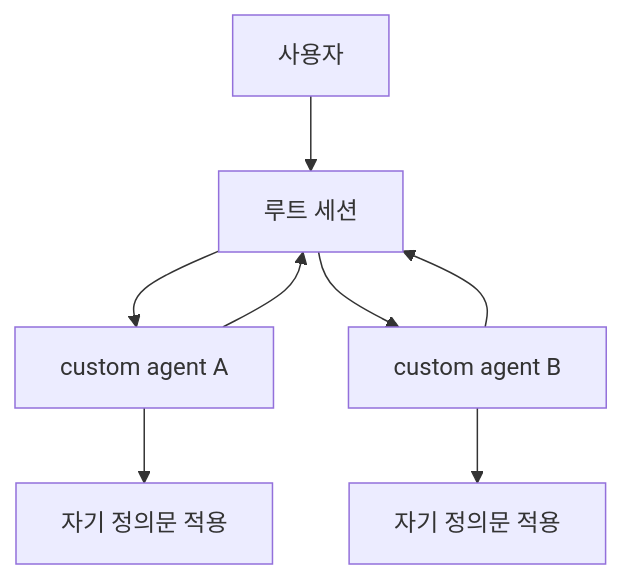
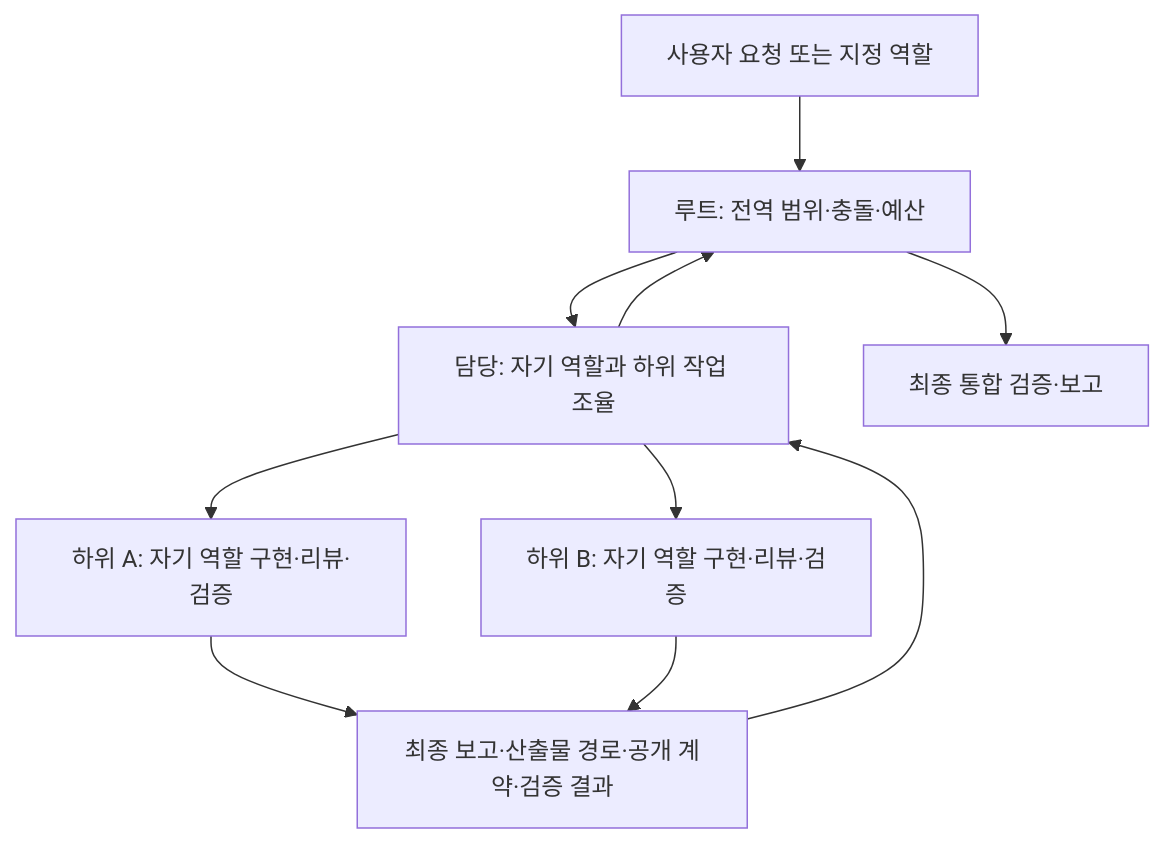
Before and after one commit to kimjoongwon/prj-core: the first of 2 diagrams in docs/orchestration-agent-relationship-flow.md, drawn with Mermaid. The commit also changed other lines of this file and 84 other files, not shown here.

````diff
--- a/docs/orchestration-agent-relationship-flow.md
+++ b/docs/orchestration-agent-relationship-flow.md
@@ -18,10 +46,12 @@
 ```mermaid
 flowchart TD
-  U["사용자"] --> R["루트 세션"]
-  R --> A1["custom agent A"]
-  R --> A2["custom agent B"]
-  A1 --> D1["자기 정의문 적용"]
-  A2 --> D2["자기 정의문 적용"]
-  A1 --> R
-  A2 --> R
+  U["사용자 요청 또는 지정 역할"] --> R["루트: 전역 범위·충돌·예산"]
+  R --> A["담당: 자기 역할과 하위 작업 조율"]
+  A --> B["하위 A: 자기 역할 구현·리뷰·검증"]
+  A --> C["하위 B: 자기 역할 구현·리뷰·검증"]
+  B --> D["최종 보고·산출물 경로·공개 계약·검증 결과"]
+  C --> D
+  D --> A
+  A --> R
+  R --> F["최종 통합 검증·보고"]
 ```
````
